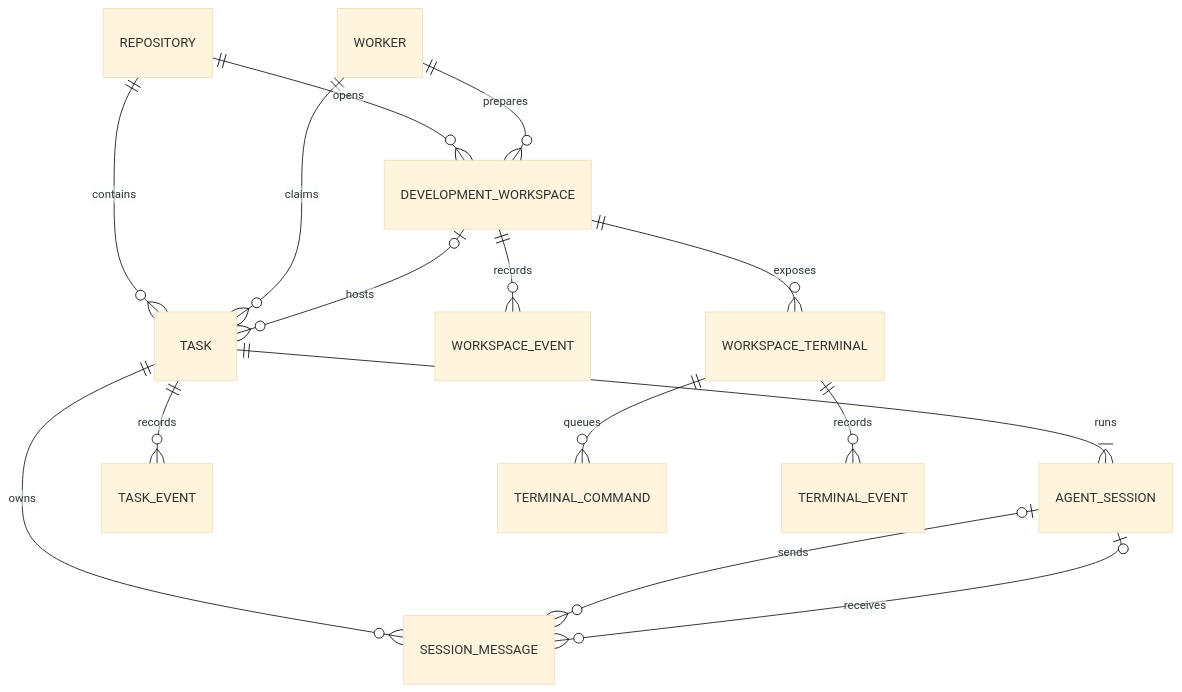
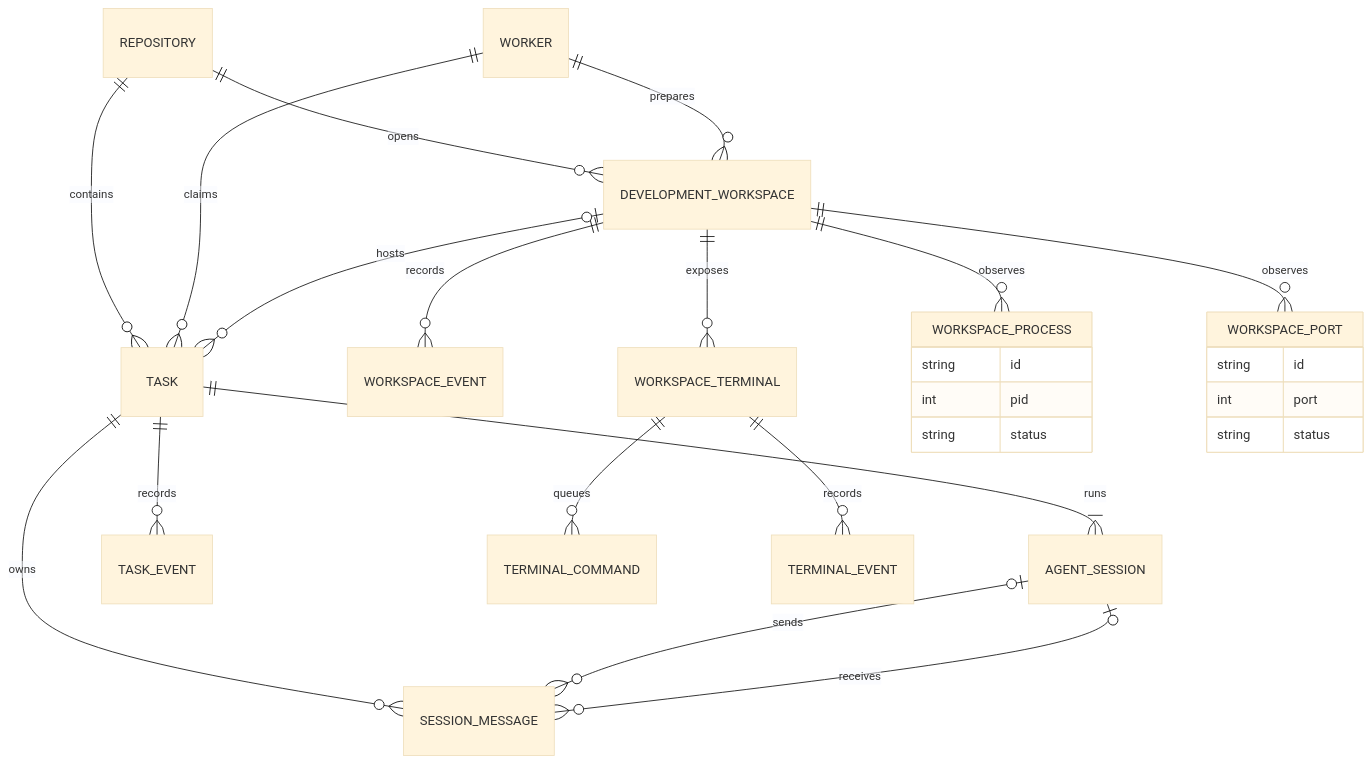
One commit to Jhonwivk/TeamWeave changed the first of 3 diagrams in docs/ARCHITECTURE.md. Above: the diagram before and after it, drawn with Mermaid (base theme). The commit also changed other lines of this file and 11 other files, not shown here.

Commit message:
feat: add workspace process and port discovery

````diff
--- a/docs/ARCHITECTURE.md
+++ b/docs/ARCHITECTURE.md
@@ -19,17 +19,29 @@
 ```mermaid
 erDiagram
     REPOSITORY ||--o{ TASK : contains
     WORKER ||--o{ TASK : claims
     TASK ||--|{ AGENT_SESSION : runs
     TASK ||--o{ TASK_EVENT : records
     TASK ||--o{ SESSION_MESSAGE : owns
     REPOSITORY ||--o{ DEVELOPMENT_WORKSPACE : opens
     WORKER ||--o{ DEVELOPMENT_WORKSPACE : prepares
     DEVELOPMENT_WORKSPACE ||--o{ WORKSPACE_EVENT : records
     DEVELOPMENT_WORKSPACE ||--o{ WORKSPACE_TERMINAL : exposes
+    DEVELOPMENT_WORKSPACE ||--o{ WORKSPACE_PROCESS : observes
+    DEVELOPMENT_WORKSPACE ||--o{ WORKSPACE_PORT : observes
     WORKSPACE_TERMINAL ||--o{ TERMINAL_COMMAND : queues
     WORKSPACE_TERMINAL ||--o{ TERMINAL_EVENT : records
     DEVELOPMENT_WORKSPACE o|--o{ TASK : hosts
     AGENT_SESSION o|--o{ SESSION_MESSAGE : sends
     AGENT_SESSION o|--o{ SESSION_MESSAGE : receives
+    WORKSPACE_PROCESS {
+      string id
+      int pid
+      string status
+    }
+    WORKSPACE_PORT {
+      string id
+      int port
+      string status
+    }
 ```
````
